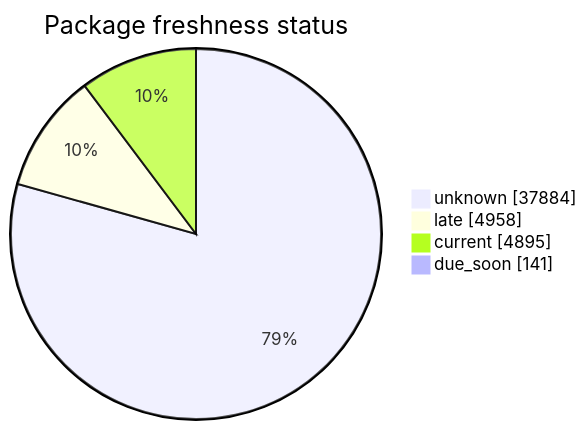
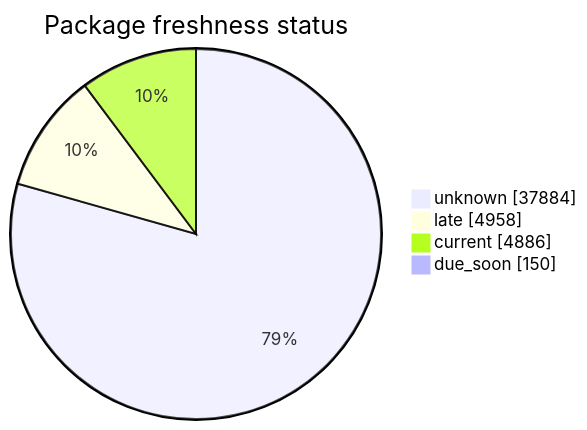
Before and after one commit to open-data/analytics-corporate-reporting: the second of 5 diagrams in FreshCheck/README.md, drawn with Mermaid. The commit also changed other lines of this file and 3 other files, not shown here.

````diff
--- a/FreshCheck/README.md
+++ b/FreshCheck/README.md
@@ -68,7 +68,7 @@
 ```mermaid
 pie showData title Package freshness status
     "unknown": 37884
     "late": 4958
-    "current": 4895
-    "due_soon": 141
+    "current": 4886
+    "due_soon": 150
 ```
````
